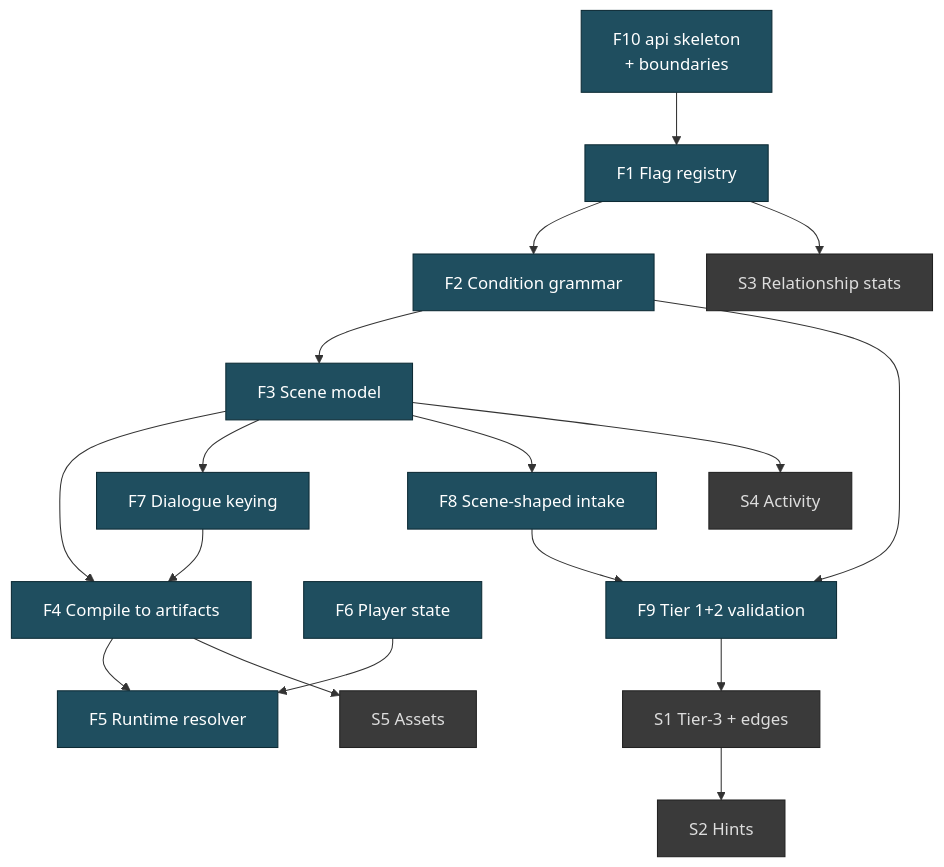
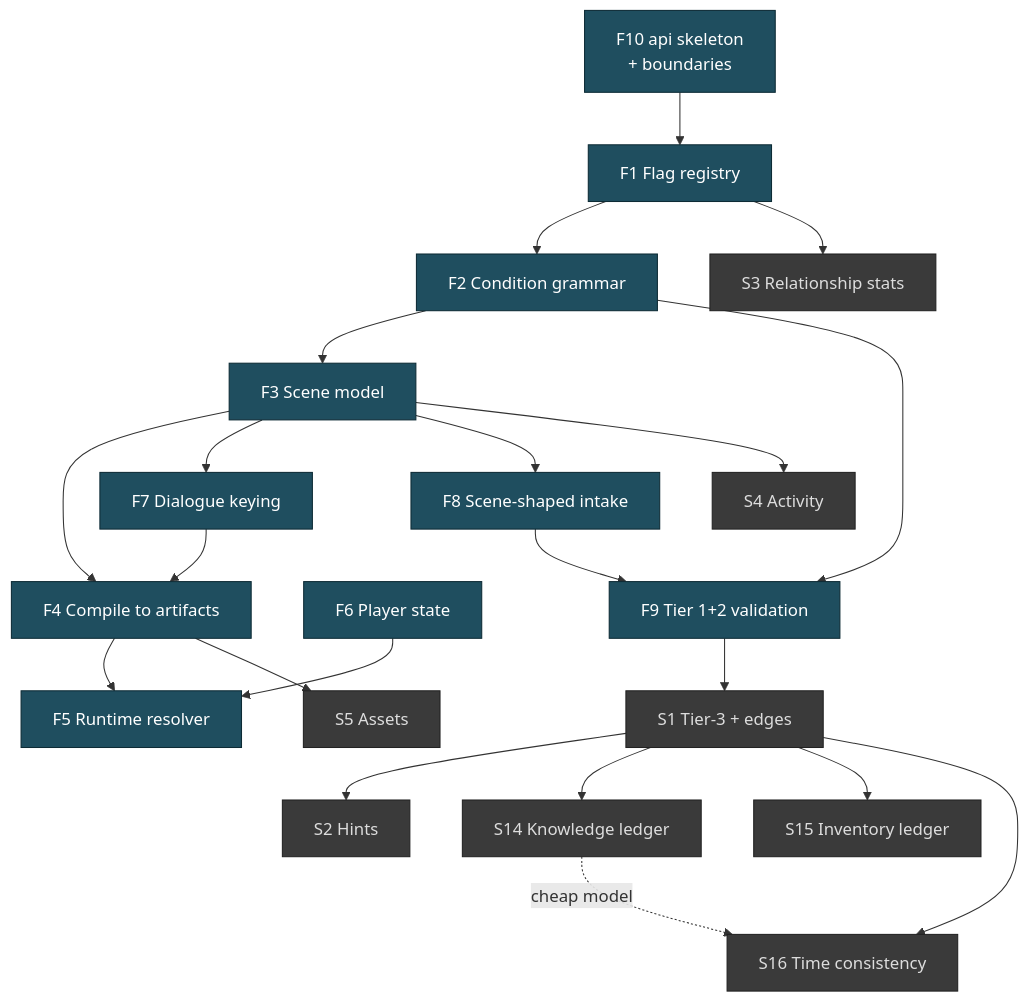
One commit to Israel-Laguan/las_flores_city changed the diagram in docs/feat/scene-centric-backend/features.md. Above: the diagram before and after it, drawn with Mermaid. The commit also changed other lines of this file and 7 other files, not shown here.

First line of the commit message:
docs(scene-centric): expand backend roadmap and add consistency checker spikes

````diff
--- a/docs/feat/scene-centric-backend/features.md
+++ b/docs/feat/scene-centric-backend/features.md
@@ -53,34 +56,41 @@
 ```mermaid
 flowchart TD
   F10[F10 api skeleton<br/>+ boundaries]
   F1[F1 Flag registry]
   F2[F2 Condition grammar]
   F3[F3 Scene model]
   F7[F7 Dialogue keying]
   F4[F4 Compile to artifacts]
   F5[F5 Runtime resolver]
   F6[F6 Player state]
   F8[F8 Scene-shaped intake]
   F9[F9 Tier 1+2 validation]
 
   F10 --> F1 --> F2 --> F3
   F2 --> F9
   F3 --> F4 --> F5
   F3 --> F7 --> F4
   F6 --> F5
   F3 --> F8 --> F9
 
   S1[S1 Tier-3 + edges]
   S3[S3 Relationship stats]
   S4[S4 Activity]
   S5[S5 Assets]
+  S14[S14 Knowledge ledger]
+  S15[S15 Inventory ledger]
+  S16[S16 Time consistency]
   F9 --> S1 --> S2[S2 Hints]
   F1 --> S3
   F3 --> S4
   F4 --> S5
+  S1 --> S14
+  S1 --> S15
+  S1 --> S16
+  S14 -.->|cheap model| S16
 
   classDef primary fill:#1f4e5f,stroke:#0d2b35,color:#fff
   classDef secondary fill:#3a3a3a,stroke:#222,color:#ddd
   class F1,F2,F3,F4,F5,F6,F7,F8,F9,F10 primary
-  class S1,S2,S3,S4,S5 secondary
+  class S1,S2,S3,S4,S5,S14,S15,S16 secondary
 ```
````
